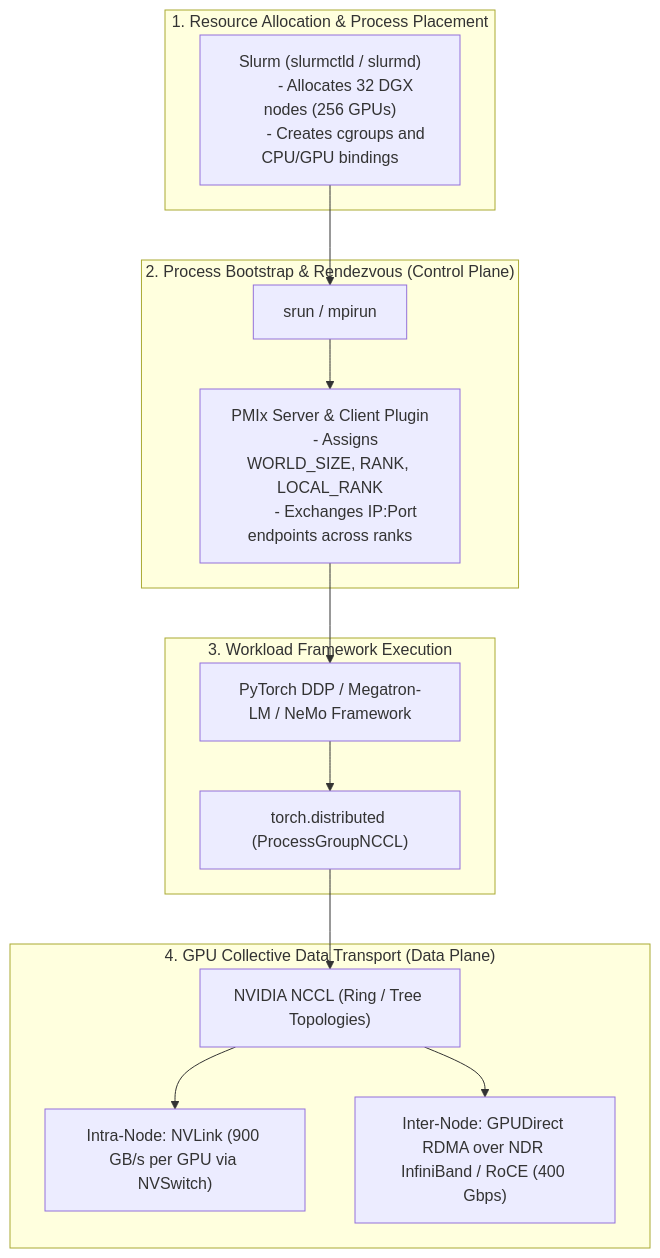
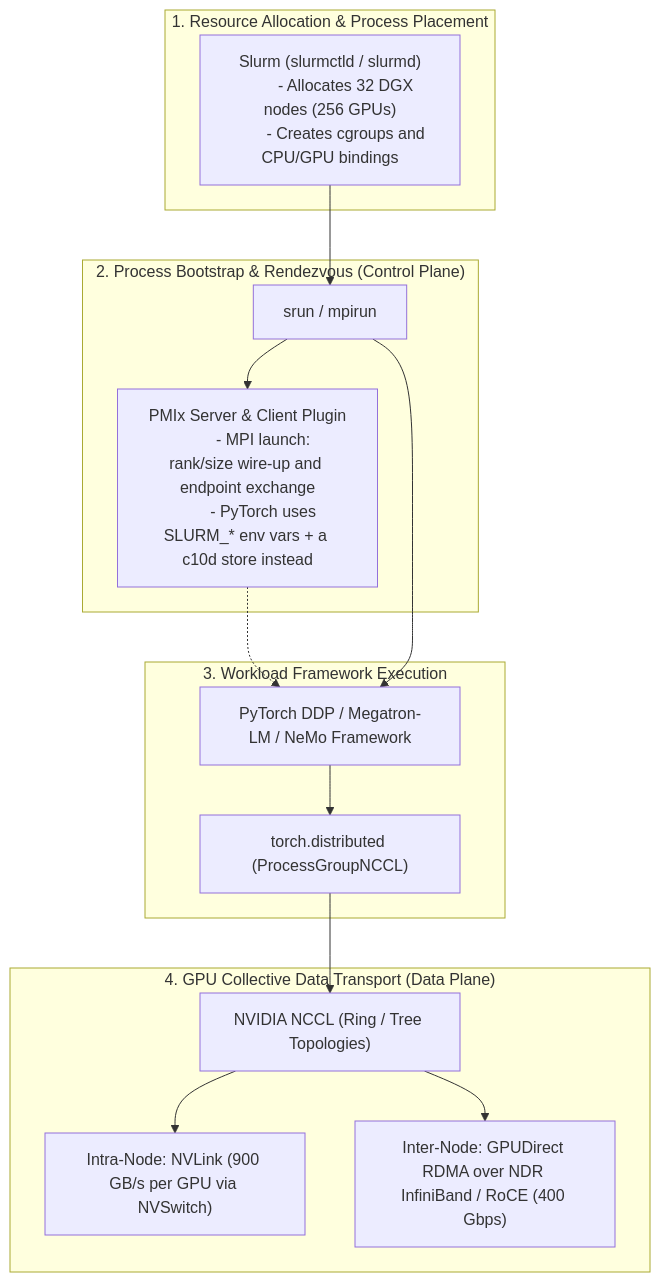
One commit to jithinpnjm/nvidia-devops changed the first of 2 diagrams in docs/volume-10/07-mpi-fundamentals-for-hpc-ai-workloads.md. Above: the diagram before and after it, drawn with Mermaid. The commit also changed other lines of this file and 289 other files, not shown here.

````diff
--- a/docs/volume-10/07-mpi-fundamentals-for-hpc-ai-workloads.md
+++ b/docs/volume-10/07-mpi-fundamentals-for-hpc-ai-workloads.md
@@ -112,34 +112,35 @@
 ```mermaid
 flowchart TD
     subgraph SchedulingLayer["1. Resource Allocation & Process Placement"]
         SLURM["Slurm (slurmctld / slurmd)
         - Allocates 32 DGX nodes (256 GPUs)
         - Creates cgroups and CPU/GPU bindings"]
     end
 
     subgraph BootstrapLayer["2. Process Bootstrap & Rendezvous (Control Plane)"]
         SRUN["srun / mpirun"]
         PMIX["PMIx Server & Client Plugin
-        - Assigns WORLD_SIZE, RANK, LOCAL_RANK
-        - Exchanges IP:Port endpoints across ranks"]
+        - MPI launch: rank/size wire-up and endpoint exchange
+        - PyTorch uses SLURM_* env vars + a c10d store instead"]
     end
 
     subgraph AppLayer["3. Workload Framework Execution"]
         TORCH["PyTorch DDP / Megatron-LM / NeMo Framework"]
         C10D["torch.distributed (ProcessGroupNCCL)"]
     end
 
     subgraph DataPlane["4. GPU Collective Data Transport (Data Plane)"]
         NCCL["NVIDIA NCCL (Ring / Tree Topologies)"]
         NVLINK["Intra-Node: NVLink (900 GB/s per GPU via NVSwitch)"]
         IB_FABRIC["Inter-Node: GPUDirect RDMA over NDR InfiniBand / RoCE (400 Gbps)"]
     end
 
     SLURM --> SRUN
     SRUN --> PMIX
-    PMIX --> TORCH
+    PMIX -.-> TORCH
+    SRUN --> TORCH
     TORCH --> C10D
     C10D --> NCCL
     NCCL --> NVLINK
     NCCL --> IB_FABRIC
 ```
````
